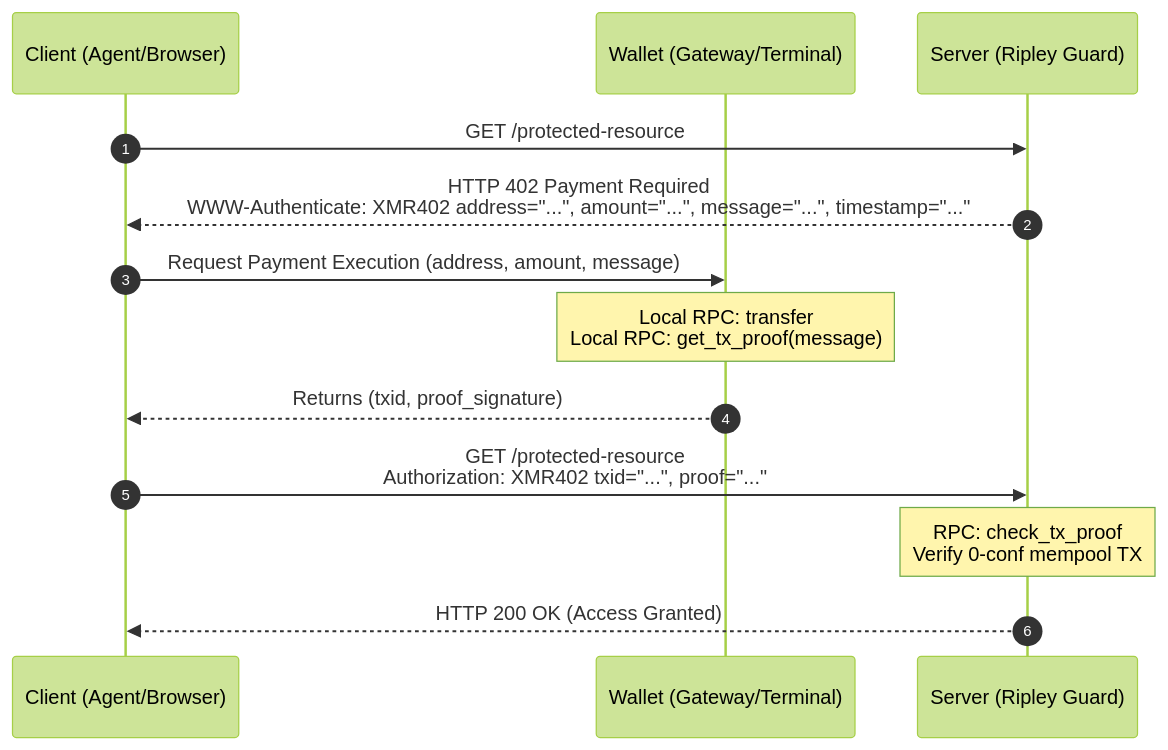
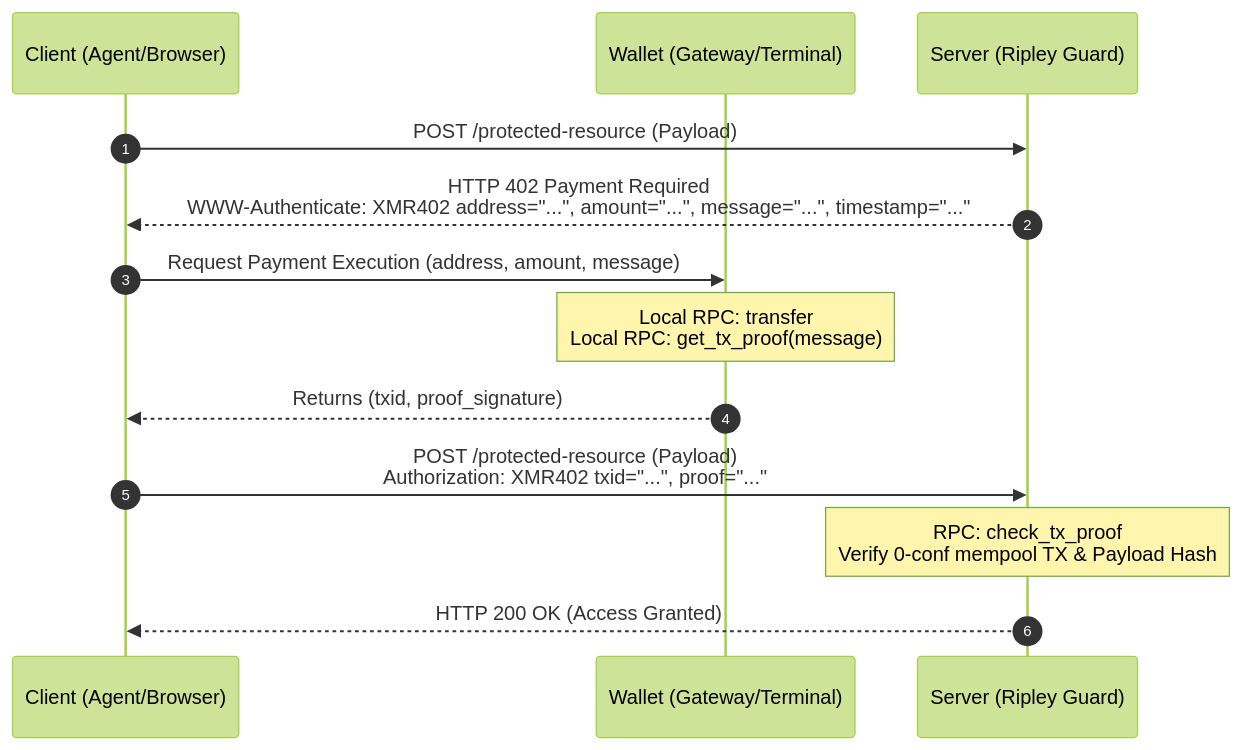
One commit to xmr402/xmr402-org changed the diagram in whitepaper.md. Above: the diagram before and after it, drawn with Mermaid (forest theme). The commit also changed other lines of this file and 1 other file, not shown here.

Commit message:
docs(home): upgrade protocol narrative to v2.0 transport-agnostic and add ws relay flow

````diff
--- a/whitepaper.md
+++ b/whitepaper.md
@@ -24,22 +32,22 @@
 ```mermaid
 sequenceDiagram
     autonumber
     participant C as Client (Agent/Browser)
     participant W as Wallet (Gateway/Terminal)
     participant S as Server (Ripley Guard)
 
-    C->>S: GET /protected-resource
+    C->>S: POST /protected-resource (Payload)
     S-->>C: HTTP 402 Payment Required<br/>WWW-Authenticate: XMR402 address="...", amount="...", message="...", timestamp="..."
     
     C->>W: Request Payment Execution (address, amount, message)
     
     Note over W: Local RPC: transfer<br/>Local RPC: get_tx_proof(message)
     
     W-->>C: Returns (txid, proof_signature)
     
-    C->>S: GET /protected-resource<br/>Authorization: XMR402 txid="...", proof="..."
+    C->>S: POST /protected-resource (Payload)<br/>Authorization: XMR402 txid="...", proof="..."
     
-    Note over S: RPC: check_tx_proof<br/>Verify 0-conf mempool TX
+    Note over S: RPC: check_tx_proof<br/>Verify 0-conf mempool TX & Payload Hash
     S-->>C: HTTP 200 OK (Access Granted)
 
 ```
````
